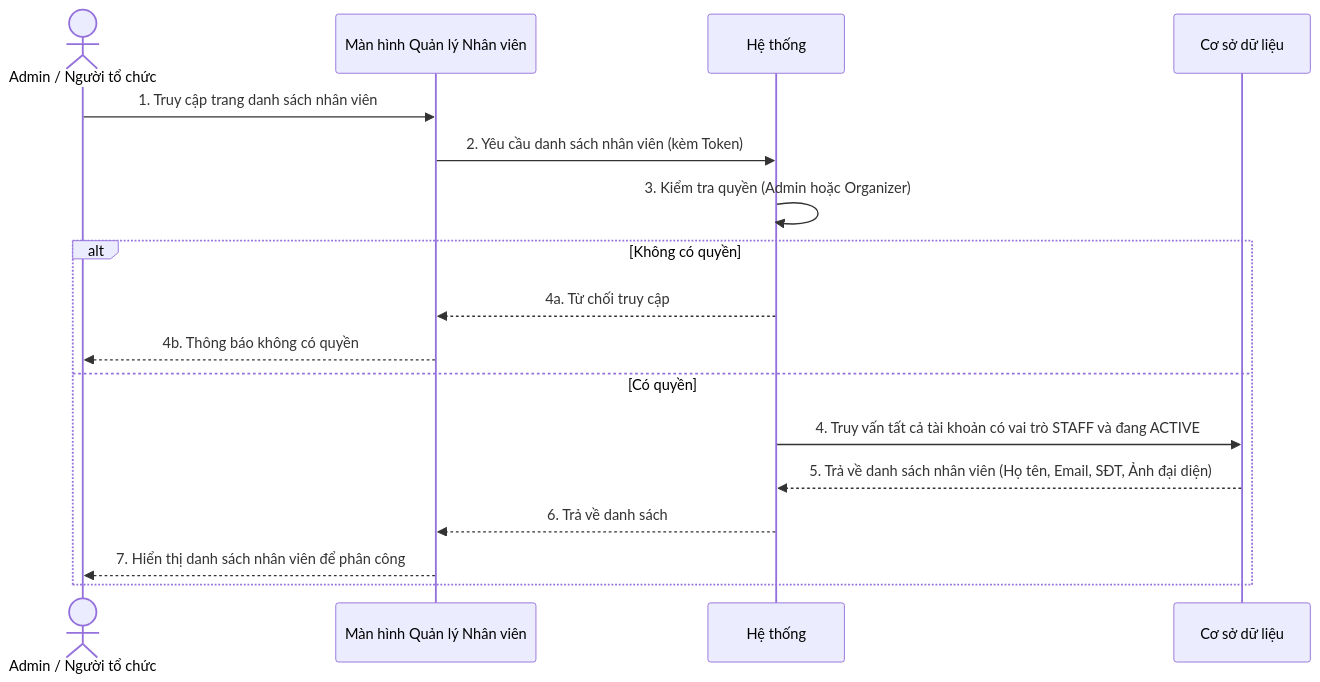
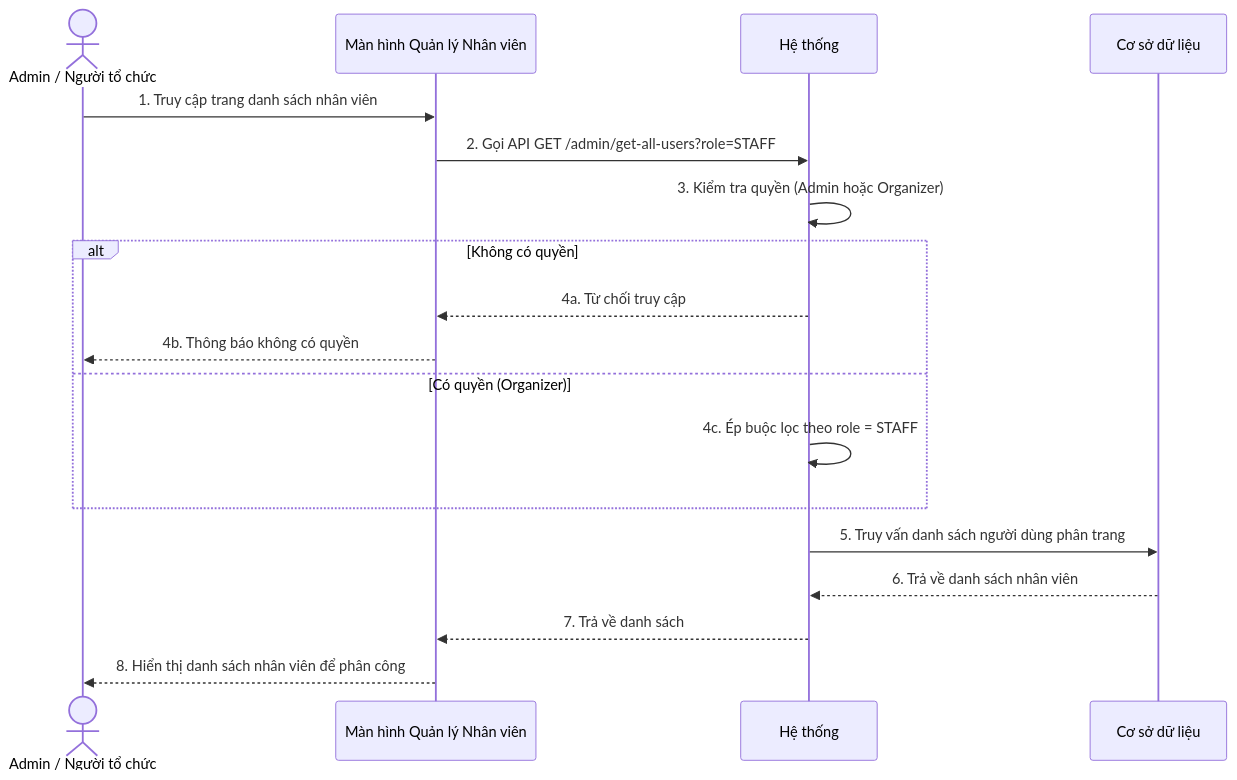
One commit to ChuDucAnh21/BE-quan-ly-su-kien changed the second of 5 diagrams in doc/system_analysis/sequence diagram/05c_sequence_schedule_staff.md. Above: the diagram before and after it, drawn with Mermaid. The commit also changed other lines of this file and 22 other files, not shown here.

````diff
--- a/doc/system_analysis/sequence diagram/05c_sequence_schedule_staff.md
+++ b/doc/system_analysis/sequence diagram/05c_sequence_schedule_staff.md
@@ -156,20 +33,21 @@
 ```mermaid
 sequenceDiagram
     actor User as Admin / Người tổ chức
     participant UI as Màn hình Quản lý Nhân viên
     participant HT as Hệ thống
     participant DB as Cơ sở dữ liệu
 
     User->>UI: 1. Truy cập trang danh sách nhân viên
-    UI->>HT: 2. Yêu cầu danh sách nhân viên (kèm Token)
+    UI->>HT: 2. Gọi API GET /admin/get-all-users?role=STAFF
     HT->>HT: 3. Kiểm tra quyền (Admin hoặc Organizer)
     alt Không có quyền
         HT-->>UI: 4a. Từ chối truy cập
         UI-->>User: 4b. Thông báo không có quyền
-    else Có quyền
-        HT->>DB: 4. Truy vấn tất cả tài khoản có vai trò STAFF và đang ACTIVE
-        DB-->>HT: 5. Trả về danh sách nhân viên (Họ tên, Email, SĐT, Ảnh đại diện)
-        HT-->>UI: 6. Trả về danh sách
-        UI-->>User: 7. Hiển thị danh sách nhân viên để phân công
+    else Có quyền (Organizer)
+        HT->>HT: 4c. Ép buộc lọc theo role = STAFF
     end
+    HT->>DB: 5. Truy vấn danh sách người dùng phân trang
+    DB-->>HT: 6. Trả về danh sách nhân viên
+    HT-->>UI: 7. Trả về danh sách
+    UI-->>User: 8. Hiển thị danh sách nhân viên để phân công
 ```
````
